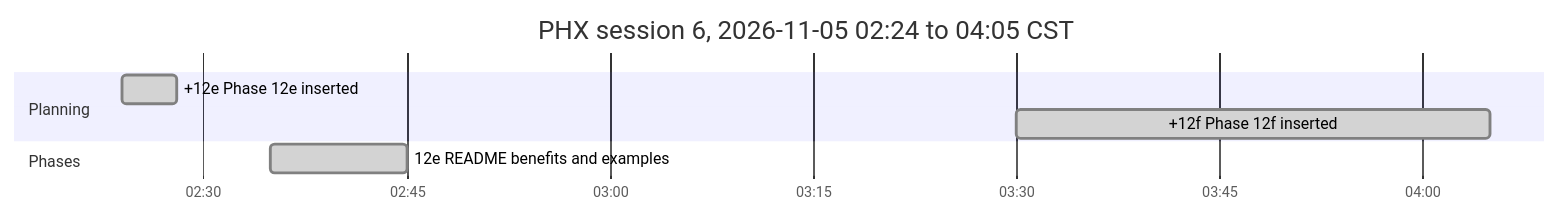
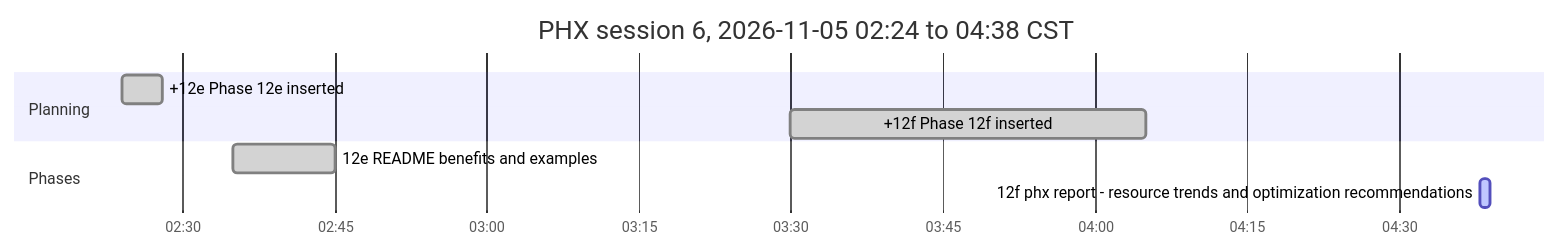
One commit to antonizick/PhaseHypervisor changed the sixth of 6 diagrams in docs/PHX_FINAL-REPORT.md. Above: the diagram before and after it, drawn with Mermaid. The commit also changed other lines of this file and 2 other files, not shown here.

Commit message:
docs(plan): refresh timeline

````diff
--- a/docs/PHX_FINAL-REPORT.md
+++ b/docs/PHX_FINAL-REPORT.md
@@ -162,11 +162,12 @@
 ```mermaid
 gantt
-    title PHX session 6, 2026-11-05 02:24 to 04:05 CST
+    title PHX session 6, 2026-11-05 02:24 to 04:38 CST
     dateFormat YYYY-MM-DD HH:mm
     axisFormat %H:%M
     section Planning
     +12e Phase 12e inserted :done, plan4, 2026-11-05 02:24, 2026-11-05 02:28
     +12f Phase 12f inserted :done, plan5, 2026-11-05 03:30, 2026-11-05 04:05
     section Phases
     12e README benefits and examples :done, p12es6, 2026-11-05 02:35, 2026-11-05 02:45
+    12f phx report - resource trends and optimization recommendations :active, p12fs6, 2026-11-05 04:38, 2026-11-05 04:39
 ```
````
